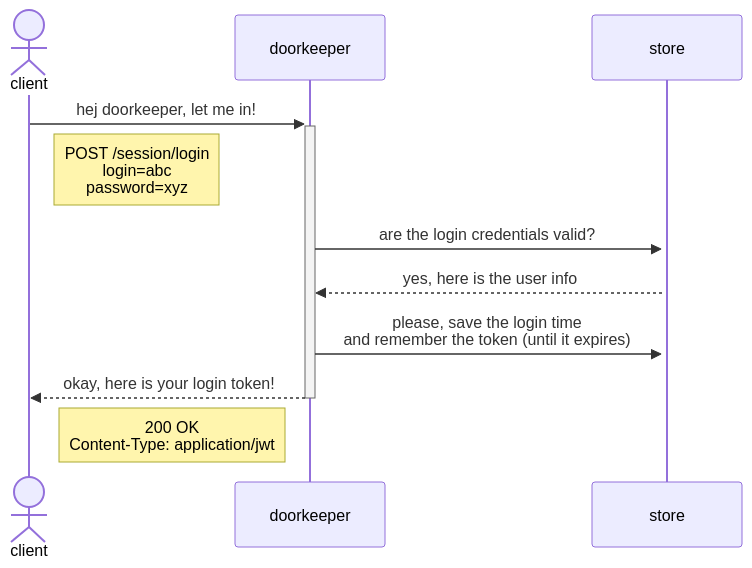
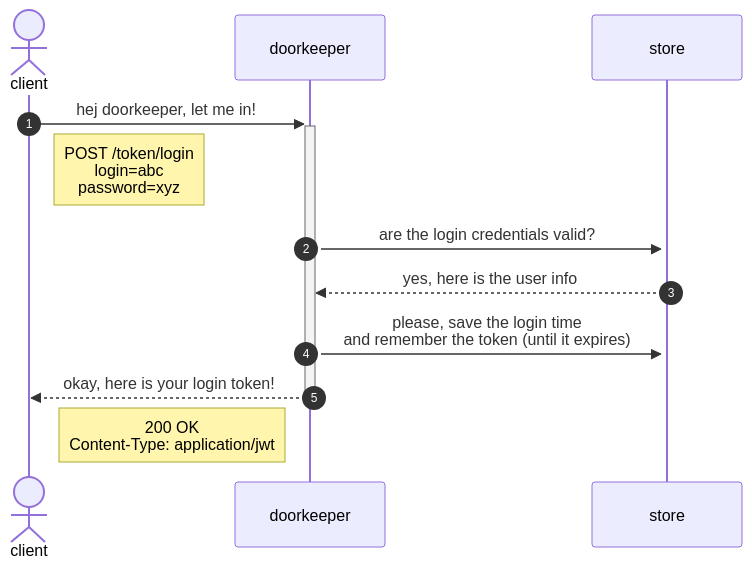
Before and after one commit to spearwolf/doorkeeper: the diagram in docs/login-via-password.mmd, drawn with Mermaid. The commit also changed 9 other files, not shown here.

First line of the commit message:
add new create-session-token diagram

```diff
--- a/docs/login-via-password.mmd
+++ b/docs/login-via-password.mmd
@@ -1,13 +1,15 @@
 sequenceDiagram
+
+autonumber
 
 actor client
 
 client->>+doorkeeper: hej doorkeeper, let me in!
-Note right of client: POST /session/login<br>login=abc<br>password=xyz
+Note right of client: POST /token/login<br>login=abc<br>password=xyz
 
 doorkeeper->>+store: are the login credentials valid?
 store-->>doorkeeper: yes, here is the user info
 doorkeeper->>store: please, save the login time<br>and remember the token (until it expires)
 
 doorkeeper-->>-client: okay, here is your login token!
 Note left of doorkeeper: 200 OK<br>Content-Type: application/jwt
```
